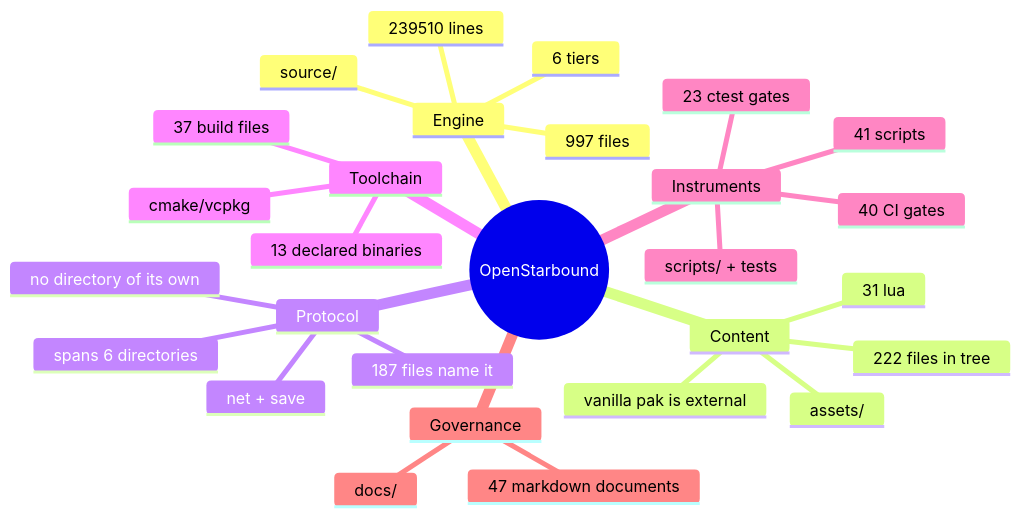
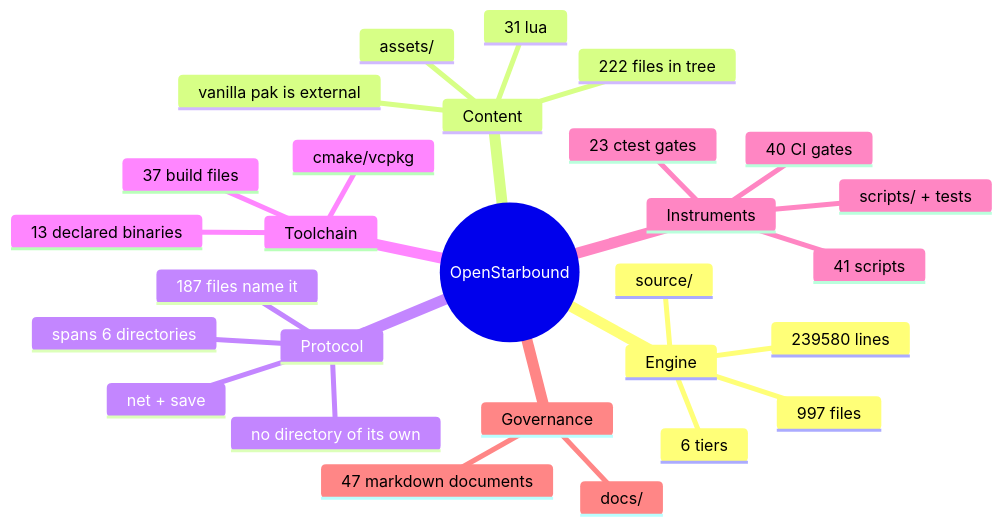
Before and after one commit to apnex/OpenStarbound: the second of 11 diagrams in docs/architecture/system-boundaries.md, drawn with Mermaid. The commit also changed other lines of this file and 8 other files, not shown here.

````diff
--- a/docs/architecture/system-boundaries.md
+++ b/docs/architecture/system-boundaries.md
@@ -166,31 +166,31 @@
 ```mermaid
 mindmap
   root((OpenStarbound))
     Engine
       source/
       997 files
-      239510 lines
+      239580 lines
       6 tiers
     Content
       assets/
       222 files in tree
       31 lua
       vanilla pak is external
     Protocol
       net + save
       187 files name it
       spans 6 directories
       no directory of its own
     Toolchain
       cmake/vcpkg
       37 build files
       13 declared binaries
     Instruments
       scripts/ + tests
       41 scripts
       23 ctest gates
       40 CI gates
     Governance
       docs/
       47 markdown documents
 ```
````
